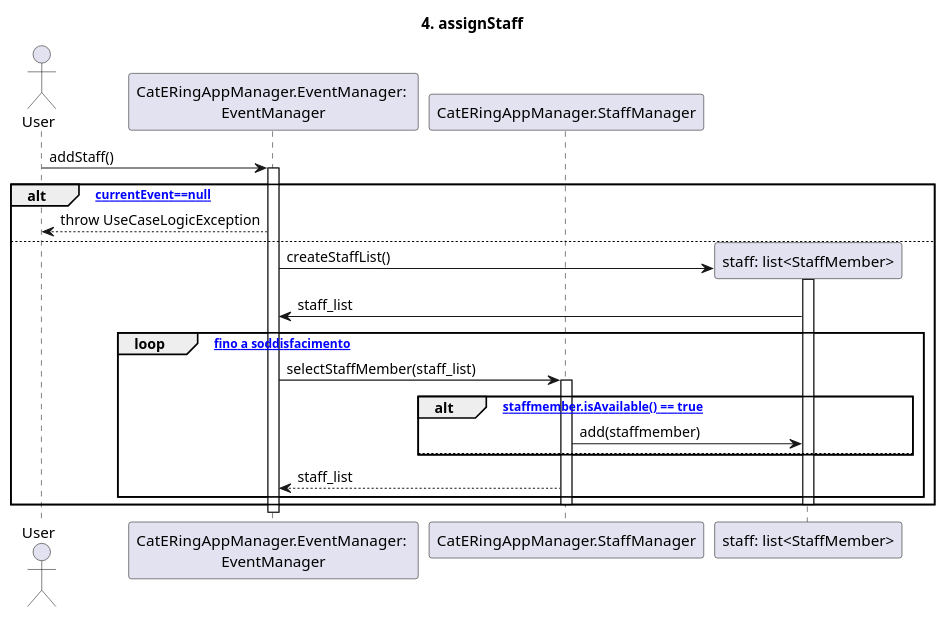
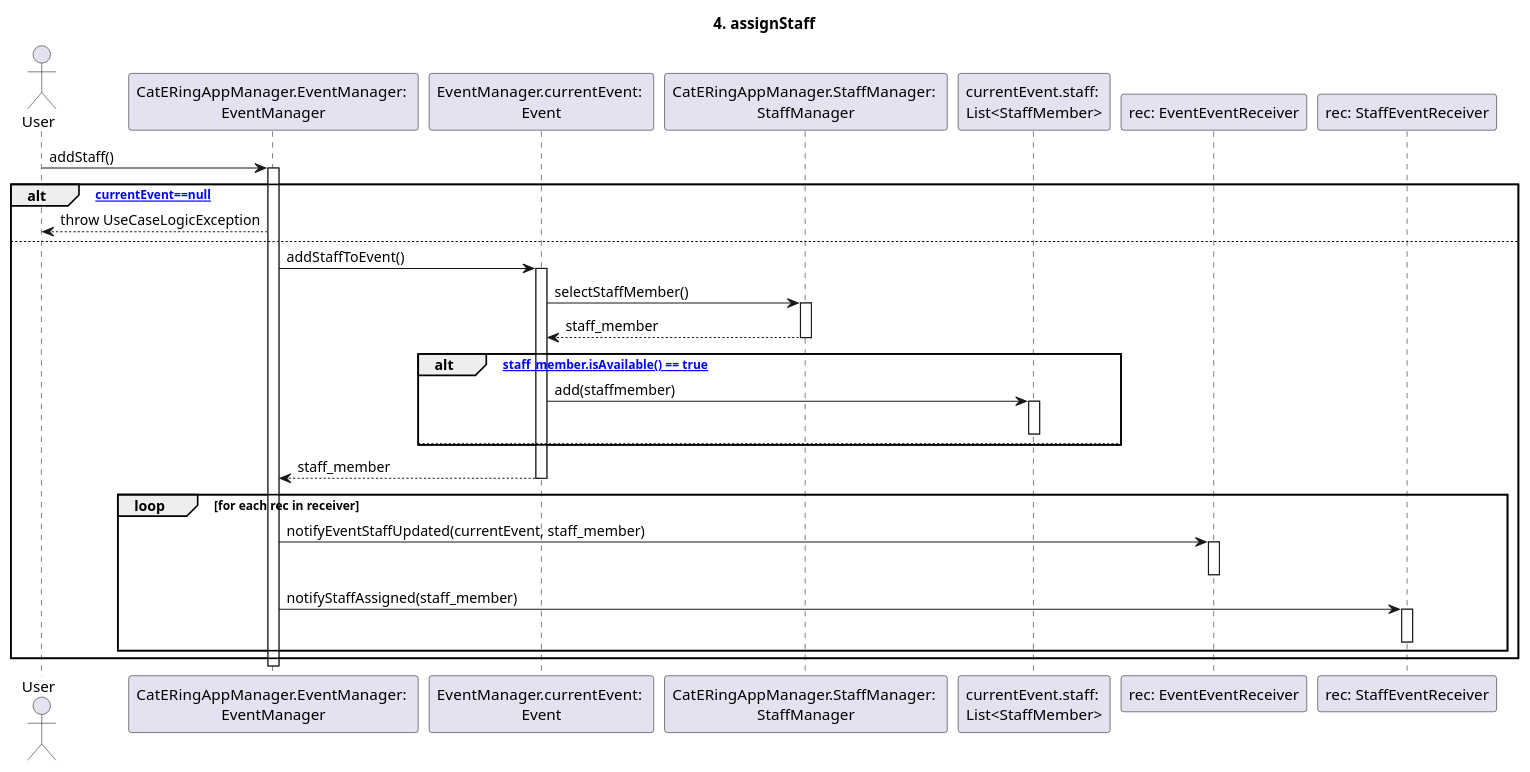
The diagram in dsd/dsd-eventi/scenarioPrincipale/4-assignStaff.md (m0canu1/sas), drawn with PlantUML before and after one commit. The commit also changed 3 other files, not shown here.

````diff
--- a/dsd/dsd-eventi/scenarioPrincipale/4-assignStaff.md
+++ b/dsd/dsd-eventi/scenarioPrincipale/4-assignStaff.md
@@ -1,37 +1,49 @@
 ```plantuml
 
 title: 4. assignStaff
 
 Actor User
 Participant "CatERingAppManager.EventManager: \nEventManager" as EM
-Participant "CatERingAppManager.StaffManager" as SM
+Participant "EventManager.currentEvent: \nEvent" as CE
+Participant "CatERingAppManager.StaffManager: \nStaffManager" as SM
+Participant "currentEvent.staff: \nList<StaffMember>" as SL
+
+Participant "rec: EventEventReceiver" as EER
+Participant "rec: StaffEventReceiver" as SER
 
 User -> EM: addStaff()
 Activate EM
 
 alt [currentEvent==null]
     EM --> User: throw UseCaseLogicException
 else
-    Create "staff: list<StaffMember>"
-    EM -> "staff: list<StaffMember>": createStaffList()
-    Activate "staff: list<StaffMember>"
-    "staff: list<StaffMember>" -> EM: staff_list
+    EM -> CE: addStaffToEvent()
+    Activate CE
+        CE -> SM: selectStaffMember()
+        Activate SM
+        SM --> CE: staff_member
+        Deactivate SM
+        alt ["staff_member.isAvailable() == true"]
+            CE -> SL: add(staffmember)
+            Activate SL
+            Deactivate SL
+        else
+        end
+        CE --> EM: staff_member
+    Deactivate CE
+
+    loop for each rec in receiver
+        EM -> EER: notifyEventStaffUpdated(currentEvent, staff_member)
+        Activate EER
+        Deactivate EER
+        EM -> SER: notifyStaffAssigned(staff_member)
+        Activate SER
+        Deactivate SER
+    end
     
-    loop ["fino a soddisfacimento"]
-        EM -> SM: selectStaffMember(staff_list)
-        Activate SM
-        
-        alt ["staffmember.isAvailable() == true"]
-            SM -> "staff: list<StaffMember>": add(staffmember)
-        else 
-        end
-        SM --> EM: staff_list
-    end    
-    Deactivate "staff: list<StaffMember>"
-    Deactivate SM
 end
 Deactivate EM
 
 
 
 ```
````
